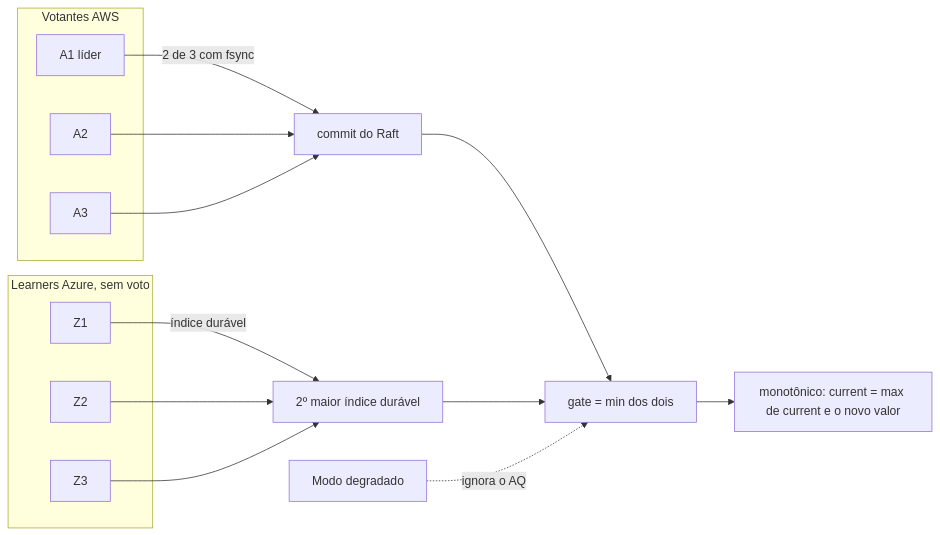
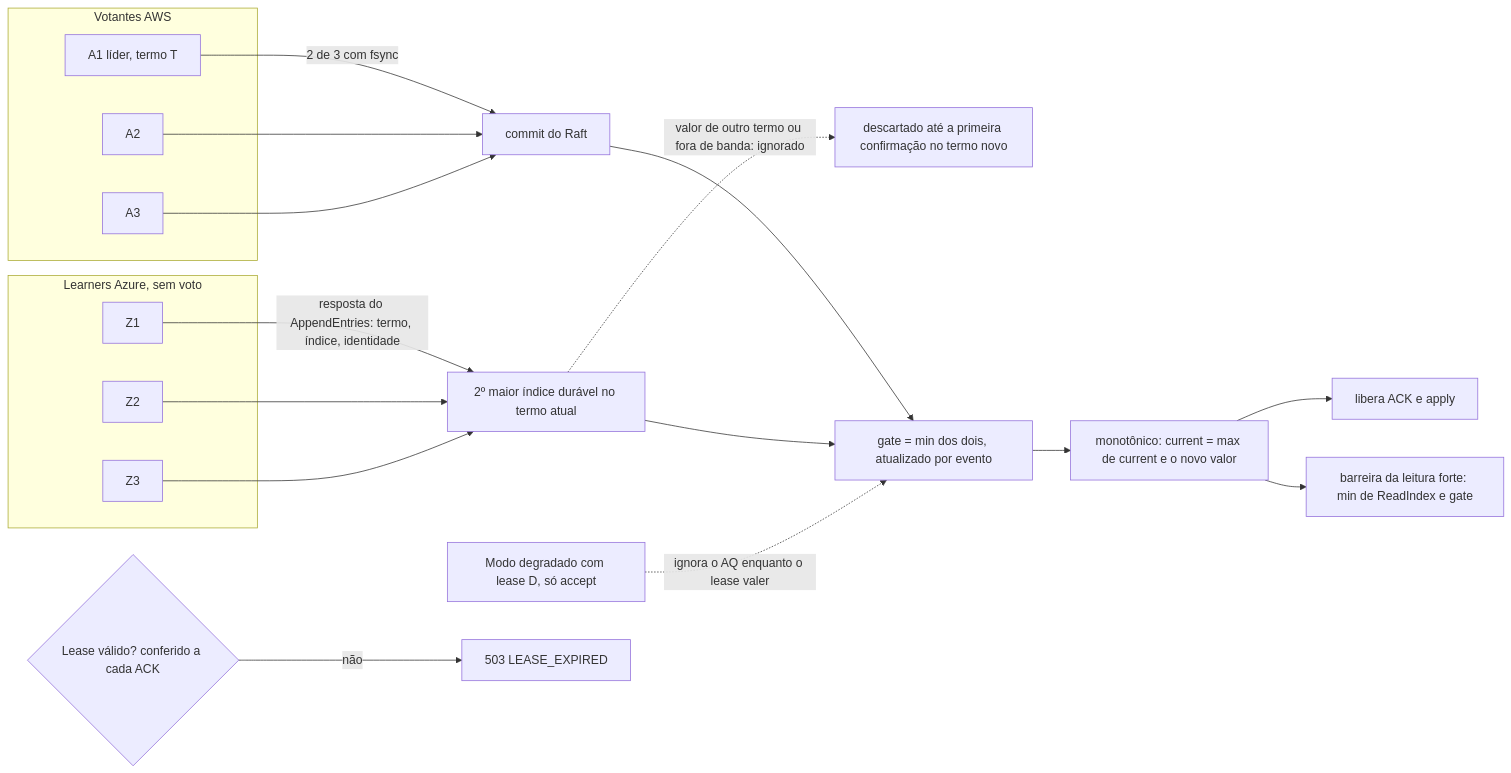
One commit to brbarmex/k changed the diagram in 04_diagramas/D05-gate-e-quorum.md. Above: the diagram before and after it, drawn with Mermaid. The commit also changed other lines of this file and 139 other files, not shown here.

````diff
--- a/04_diagramas/D05-gate-e-quorum.md
+++ b/04_diagramas/D05-gate-e-quorum.md
@@ -9,23 +9,27 @@
 ```mermaid
 flowchart LR
     subgraph VOT["Votantes AWS"]
-        A1["A1 líder"]
+        A1["A1 líder, termo T"]
         A2["A2"]
         A3["A3"]
     end
     subgraph LRN["Learners Azure, sem voto"]
         Z1["Z1"]
         Z2["Z2"]
         Z3["Z3"]
     end
     A1 -->|"2 de 3 com fsync"| RC["commit do Raft"]
     A2 --> RC
     A3 --> RC
-    Z1 -->|"índice durável"| AQ["2º maior índice durável"]
+    Z1 -->|"resposta do AppendEntries: termo, índice, identidade"| AQ["2º maior índice durável no termo atual"]
     Z2 --> AQ
     Z3 --> AQ
-    RC --> MIN["gate = min dos dois"]
+    AQ -.->|"valor de outro termo ou fora de banda: ignorado"| IGN["descartado até a primeira confirmação no termo novo"]
+    RC --> MIN["gate = min dos dois, atualizado por evento"]
     AQ --> MIN
     MIN --> MONO["monotônico: current = max de current e o novo valor"]
-    DEG["Modo degradado"] -.->|"ignora o AQ"| MIN
+    DEG["Modo degradado com lease D, só accept"] -.->|"ignora o AQ enquanto o lease valer"| MIN
+    LEASE{"Lease válido? conferido a cada ACK"} -->|"não"| REJ["503 LEASE_EXPIRED"]
+    MONO --> ACK["libera ACK e apply"]
+    MONO --> RB["barreira da leitura forte: min de ReadIndex e gate"]
 ```
````
